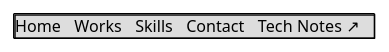
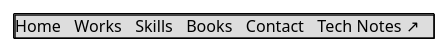
One commit to k2works/portfolio changed the second of 11 diagrams in docs/design/ui_design.md. Above: the diagram before and after it, drawn with PlantUML. The commit also changed other lines of this file and 1 other file, not shown here.

````diff
--- a/docs/design/ui_design.md
+++ b/docs/design/ui_design.md
@@ -100,7 +101,7 @@
 ```plantuml
 @startsalt
 {+
-  {* Home | Works | Skills | Contact | Tech Notes ↗ }
+  {* Home | Works | Skills | Books | Contact | Tech Notes ↗ }
 }
 @endsalt
 ```
````
